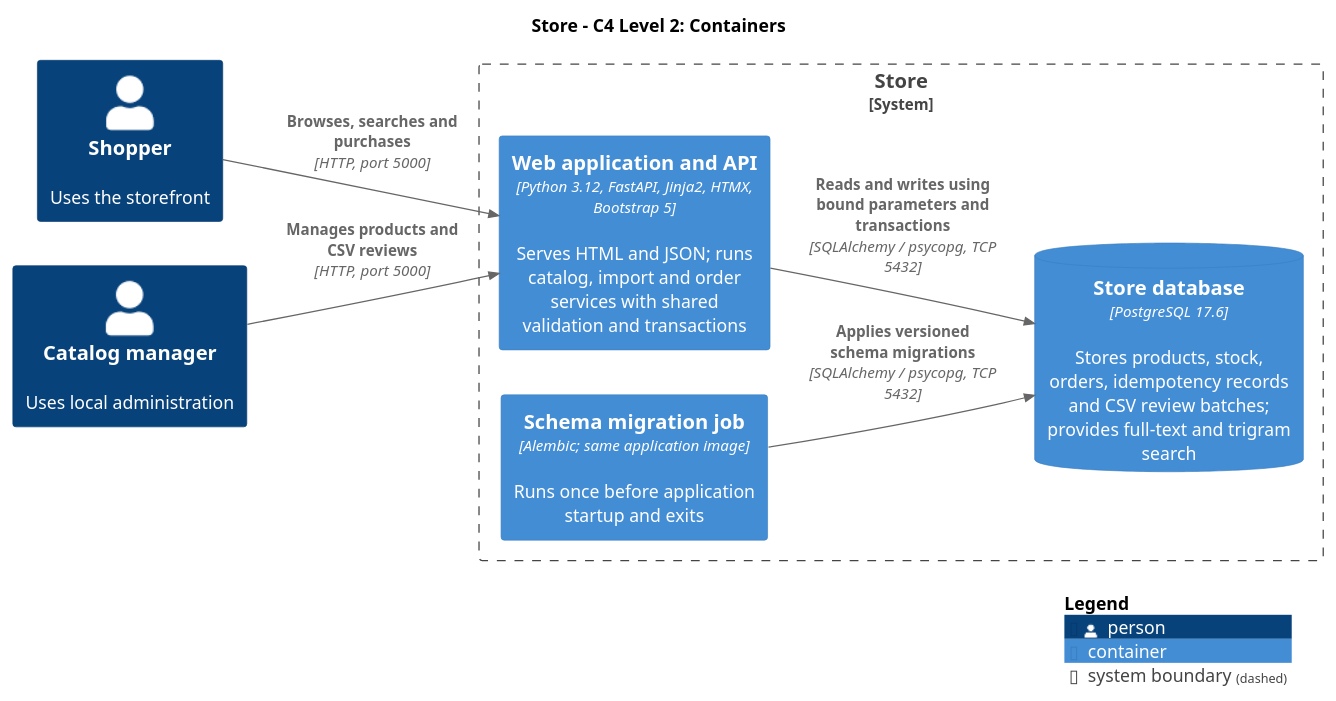
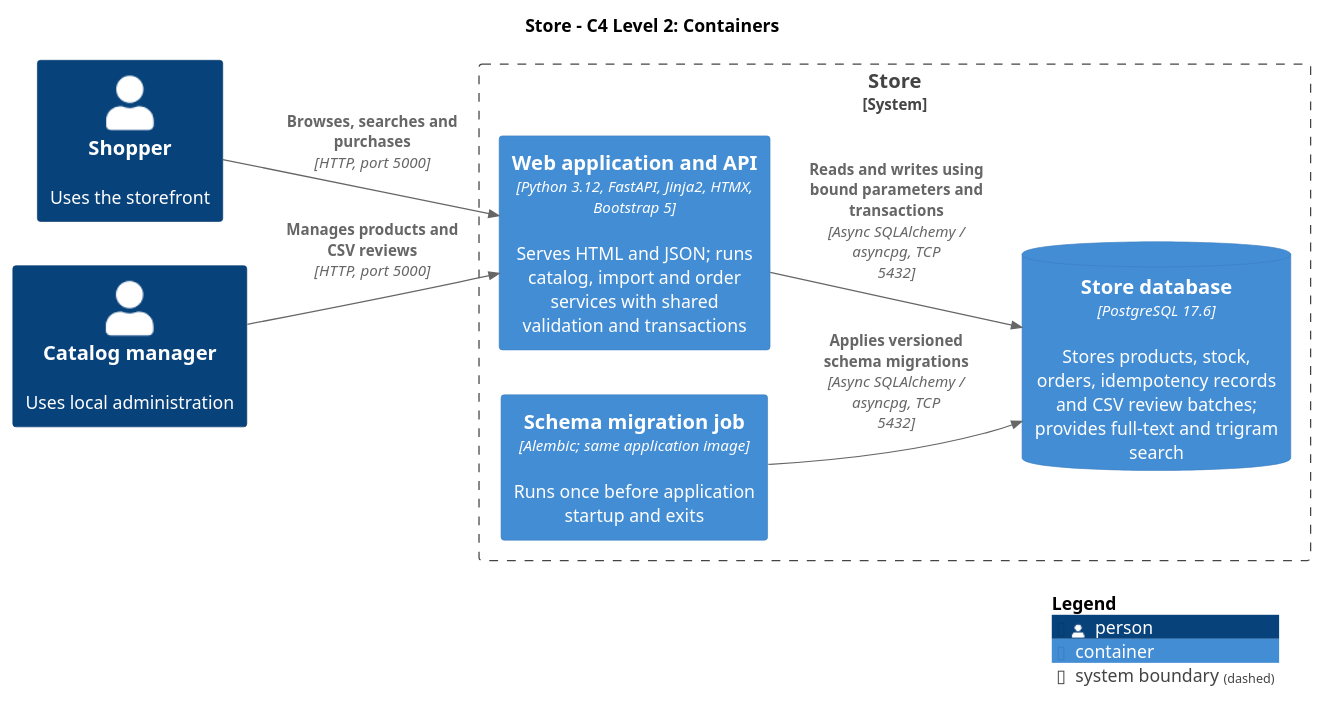
The second of 3 diagrams in docs/architecture/store.puml (jordanraji/store-challenge), drawn with PlantUML before and after one commit. The commit also changed other lines of this file and 32 other files, not shown here.

```diff
--- a/docs/architecture/store.puml
+++ b/docs/architecture/store.puml
@@ -13,17 +13,17 @@
 @startuml c4-containers
 !include <C4/C4_Container>
 LAYOUT_LEFT_RIGHT()
 title Store - C4 Level 2: Containers
 Person(shopper, "Shopper", "Uses the storefront")
 Person(manager, "Catalog manager", "Uses local administration")
 System_Boundary(store, "Store") {
     Container(app, "Web application and API", "Python 3.12, FastAPI, Jinja2, HTMX, Bootstrap 5", "Serves HTML and JSON; runs catalog, import and order services with shared validation and transactions")
     ContainerDb(db, "Store database", "PostgreSQL 17.6", "Stores products, stock, orders, idempotency records and CSV review batches; provides full-text and trigram search")
     Container(migrate, "Schema migration job", "Alembic; same application image", "Runs once before application startup and exits")
 }
 Rel(shopper, app, "Browses, searches and purchases", "HTTP, port 5000")
 Rel(manager, app, "Manages products and CSV reviews", "HTTP, port 5000")
-Rel(app, db, "Reads and writes using bound parameters and transactions", "SQLAlchemy / psycopg, TCP 5432")
-Rel(migrate, db, "Applies versioned schema migrations", "SQLAlchemy / psycopg, TCP 5432")
+Rel(app, db, "Reads and writes using bound parameters and transactions", "Async SQLAlchemy / asyncpg, TCP 5432")
+Rel(migrate, db, "Applies versioned schema migrations", "Async SQLAlchemy / asyncpg, TCP 5432")
 SHOW_LEGEND()
 @enduml
```
